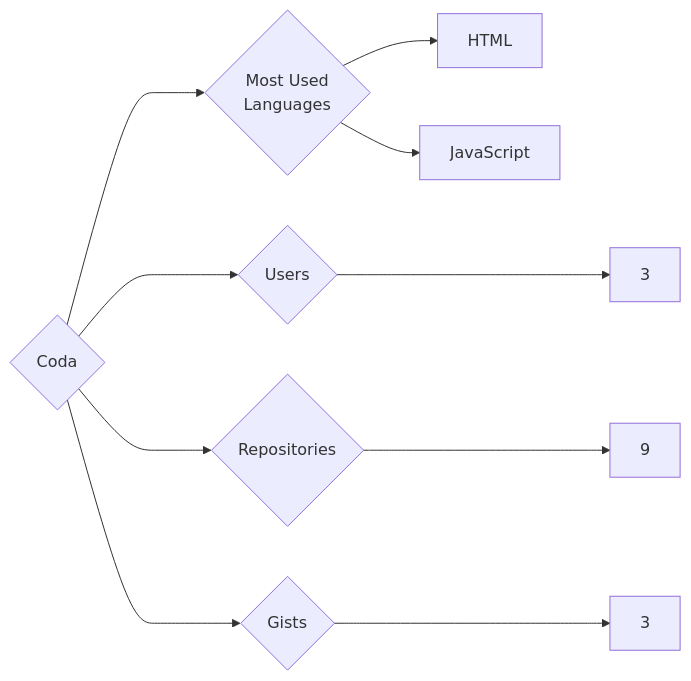
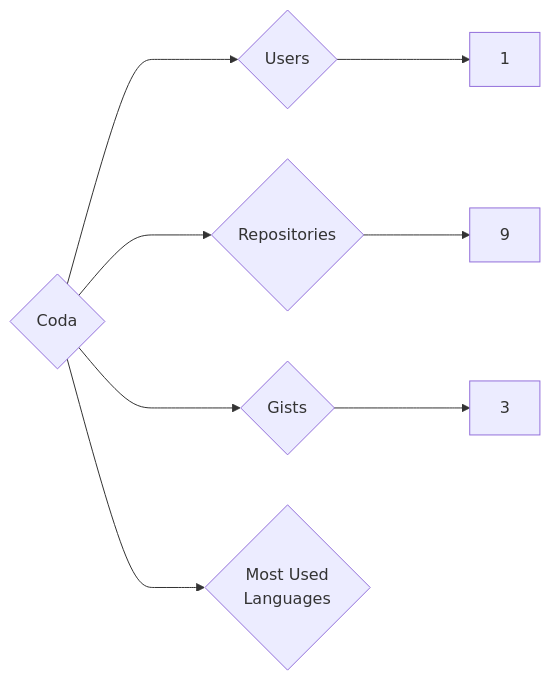
Before and after one commit to trickest/insiders: the diagram in targets/Coda/README.md, drawn with Mermaid. The commit also changed 1175 other files, not shown here.

````diff
--- a/targets/Coda/README.md
+++ b/targets/Coda/README.md
@@ -3,10 +3,8 @@
 ```mermaid
 graph LR
 COMPANY_NAME{Coda}
-COMPANY_NAME ---> U{Users} ---> UN[3]
+COMPANY_NAME ---> U{Users} ---> UN[1]
 COMPANY_NAME ---> R{Repositories} ---> RN[9]
 COMPANY_NAME ---> G{Gists} ---> GN[3]
 COMPANY_NAME ---> ML{Most Used<br>Languages}
-ML --> HTML[HTML]
-ML --> JavaScript[JavaScript]
 ```
````
